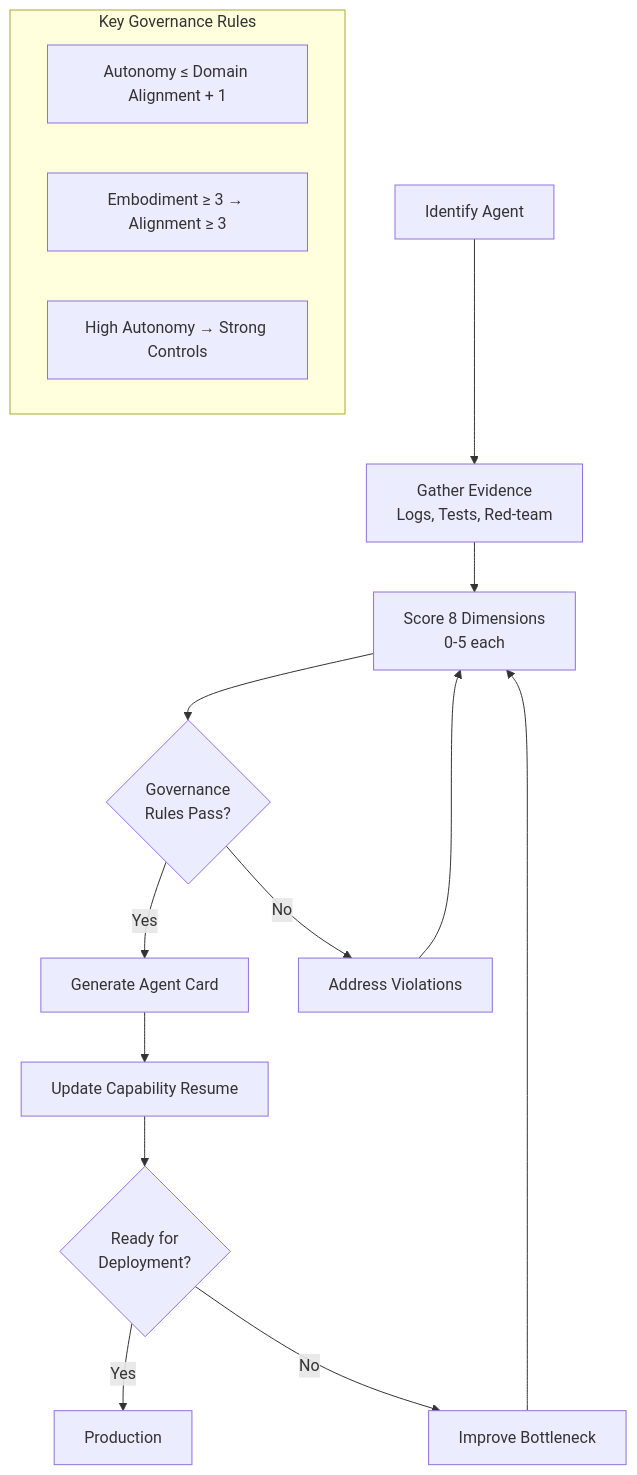
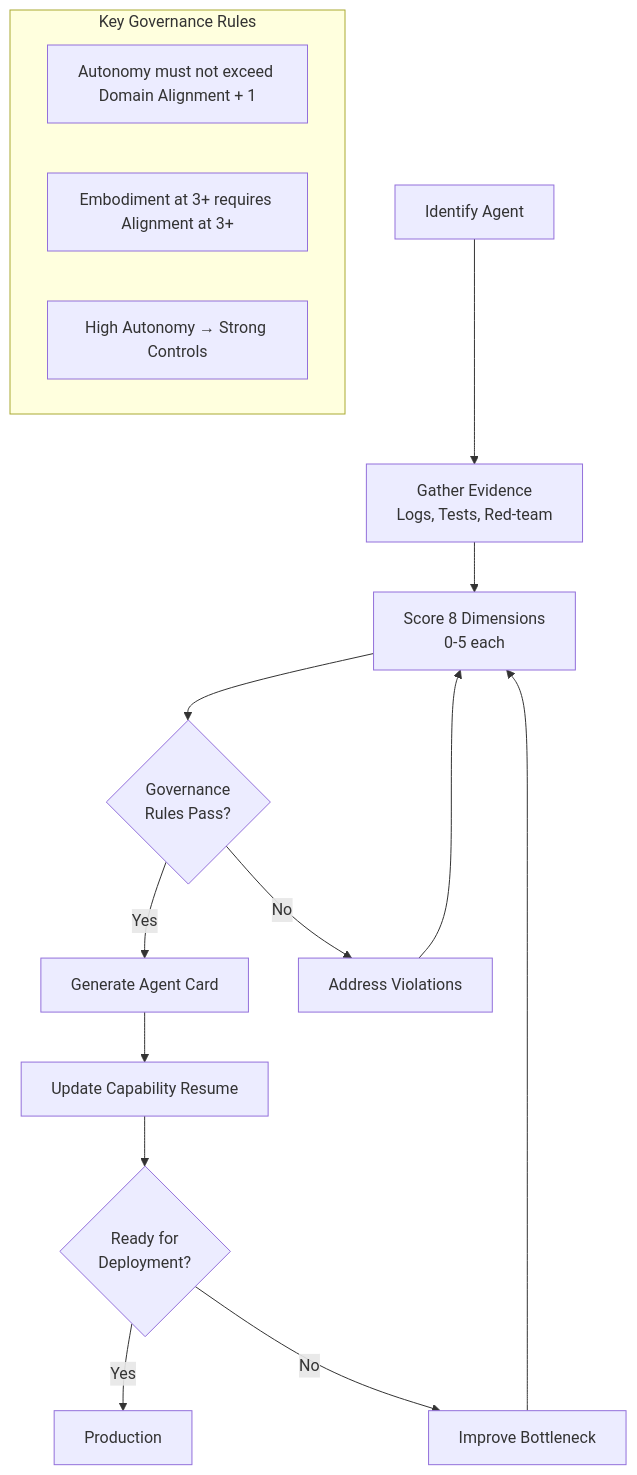
The third of 5 diagrams in docs/diagrams/architecture.md (snchande/Arima-AiCMM), drawn with Mermaid before and after one commit. The commit also changed other lines of this file and 4 other files, not shown here.

First line of the commit message:
fix: Mermaid rendering and add Architecture nav link

````diff
--- a/docs/diagrams/architecture.md
+++ b/docs/diagrams/architecture.md
@@ -80,23 +80,23 @@
 ```mermaid
 flowchart TD
     Start[Identify Agent] --> Gather[Gather Evidence<br/>Logs, Tests, Red-team]
     Gather --> Score[Score 8 Dimensions<br/>0-5 each]
     Score --> Validate{Governance<br/>Rules Pass?}
     
     Validate -->|Yes| Card[Generate Agent Card]
     Validate -->|No| Fix[Address Violations]
     Fix --> Score
     
     Card --> Resume[Update Capability Resume]
     Resume --> Deploy{Ready for<br/>Deployment?}
     
     Deploy -->|Yes| Prod[Production]
     Deploy -->|No| Improve[Improve Bottleneck]
     Improve --> Score
 
     subgraph "Key Governance Rules"
-        Rule1["Autonomy ≤ Domain Alignment + 1"]
-        Rule2["Embodiment ≥ 3 → Alignment ≥ 3"]
+        Rule1["Autonomy must not exceed Domain Alignment + 1"]
+        Rule2["Embodiment at 3+ requires Alignment at 3+"]
         Rule3["High Autonomy → Strong Controls"]
     end
 ```
````
